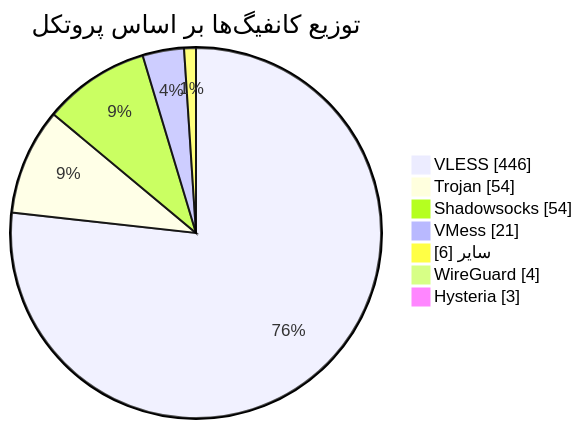
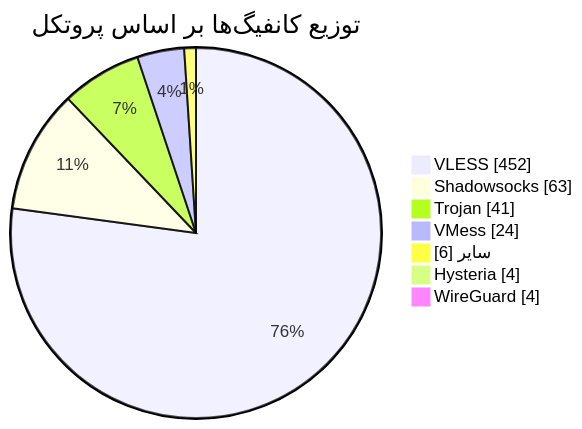
Before and after one commit to Arian-Alijani/Somthing: the diagram in README.md, drawn with Mermaid. The commit also changed other lines of this file and 17 other files, not shown here.

````diff
--- a/README.md
+++ b/README.md
@@ -49,11 +49,11 @@
 ```mermaid
 pie showData
     title توزیع کانفیگ‌ها بر اساس پروتکل
-    "VLESS" : 446
-    "Trojan" : 54
-    "Shadowsocks" : 54
-    "VMess" : 21
+    "VLESS" : 452
+    "Shadowsocks" : 63
+    "Trojan" : 41
+    "VMess" : 24
     "سایر" : 6
+    "Hysteria" : 4
     "WireGuard" : 4
-    "Hysteria" : 3
 ```
````
